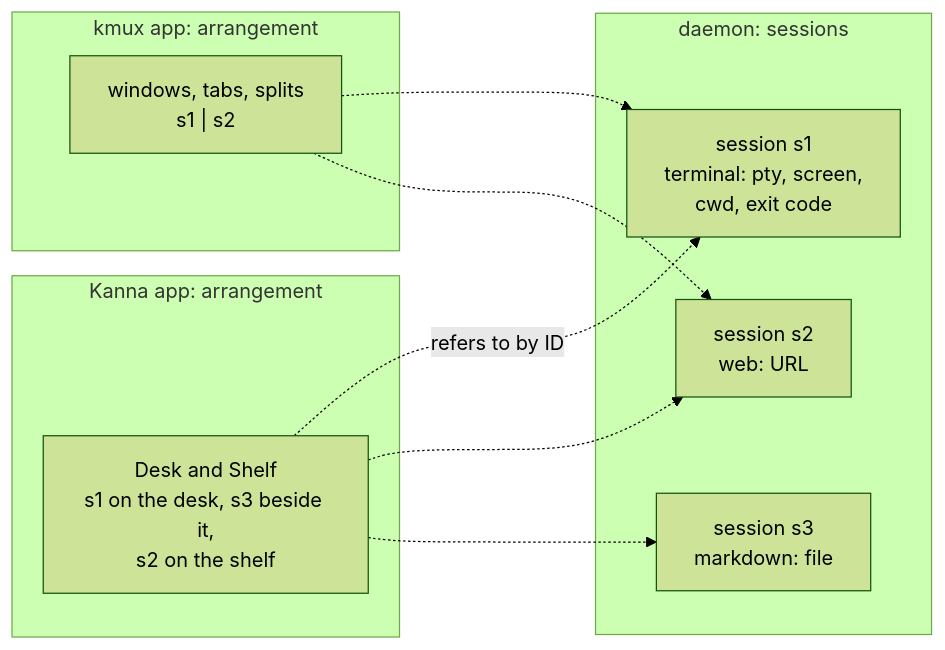
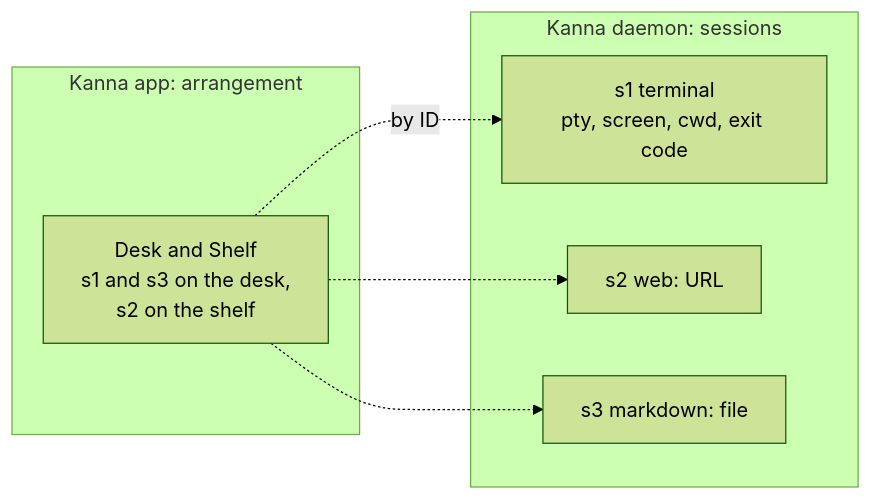
Before and after one commit to jemdiggity/kanna-v4: the third of 9 diagrams in docs/research/mux-architecture.md, drawn with Mermaid (forest theme). The commit also changed other lines of this file, not shown here.

Commit message:
Mux architecture: kmux stays an app with libraries; Kanna owns the daemon and keeper, built on kmux's CLI shape and mux UI

````diff
--- a/docs/research/mux-architecture.md
+++ b/docs/research/mux-architecture.md
@@ -87,19 +120,14 @@
 ```mermaid
 flowchart LR
-    subgraph D["daemon: sessions"]
-        S1["session s1<br/>terminal: pty, screen,<br/>cwd, exit code"]
-        S2["session s2<br/>web: URL"]
-        S3["session s3<br/>markdown: file"]
+    subgraph D["Kanna daemon: sessions"]
+        S1["s1 terminal<br/>pty, screen, cwd, exit code"]
+        S2["s2 web: URL"]
+        S3["s3 markdown: file"]
     end
     subgraph K["Kanna app: arrangement"]
-        DESK["Desk and Shelf<br/>s1 on the desk, s3 beside it,<br/>s2 on the shelf"]
+        DESK["Desk and Shelf<br/>s1 and s3 on the desk,<br/>s2 on the shelf"]
     end
-    subgraph X["kmux app: arrangement"]
-        WIN["windows, tabs, splits<br/>s1 | s2"]
-    end
-    DESK -. "refers to by ID" .-> S1
+    DESK -. "by ID" .-> S1
     DESK -.-> S2
     DESK -.-> S3
-    WIN -.-> S1
-    WIN -.-> S2
 ```
````
